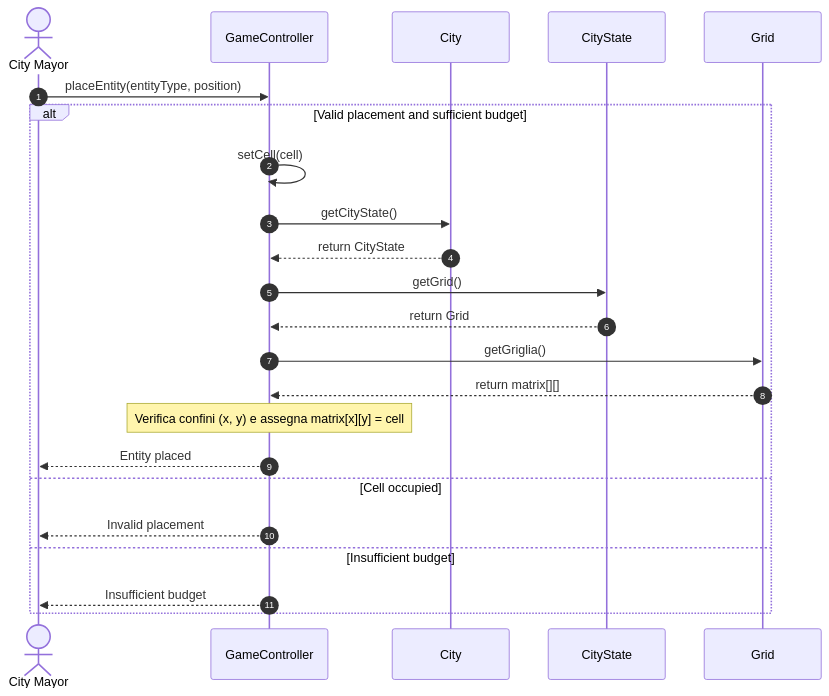
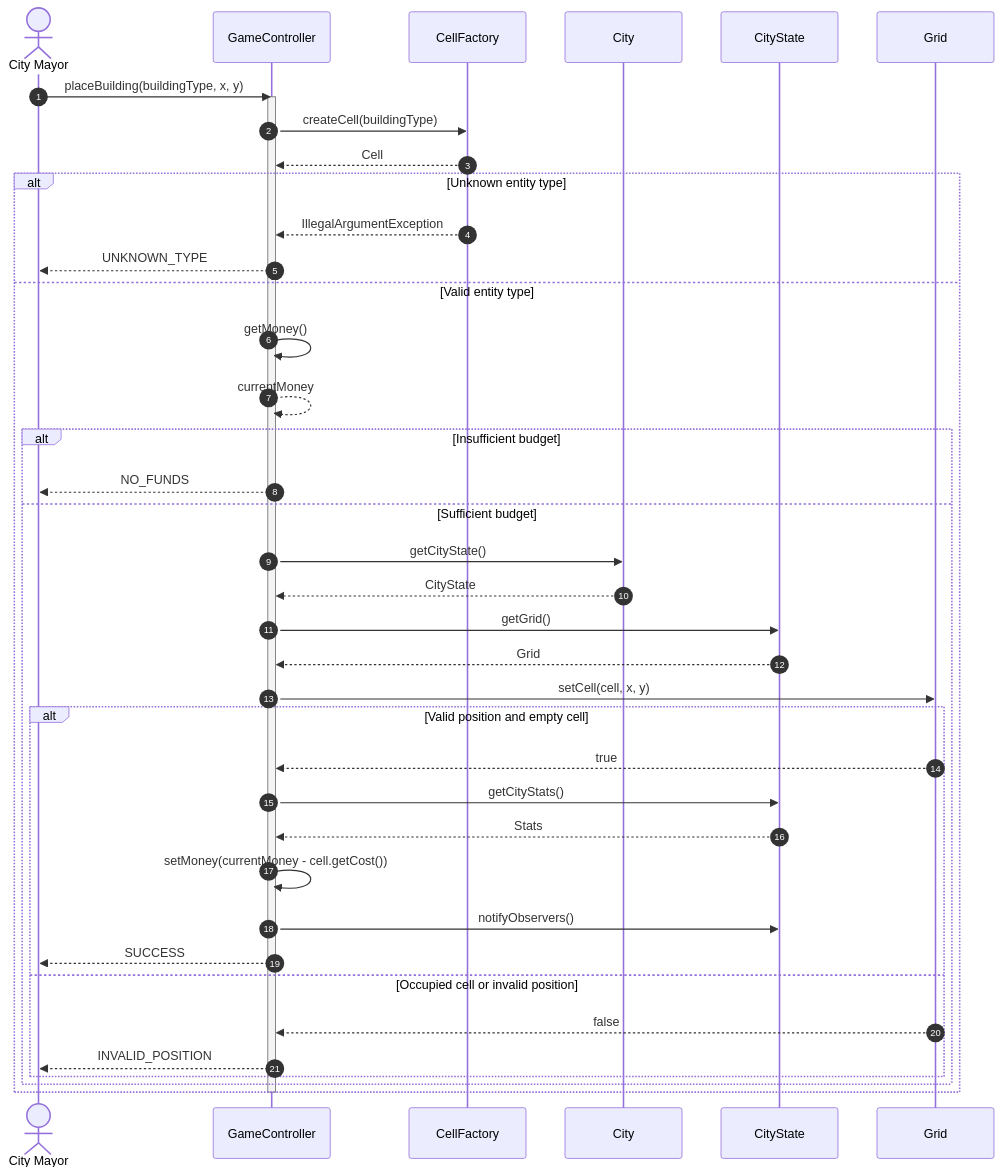
Before and after one commit to andreatoson3-netizen/Amatriciana: the diagram in docs/INTERNAL-SEQUENCE-DIAGRAM/isd-place-entity.md, drawn with Mermaid.

````diff
--- a/docs/INTERNAL-SEQUENCE-DIAGRAM/isd-place-entity.md
+++ b/docs/INTERNAL-SEQUENCE-DIAGRAM/isd-place-entity.md
@@ -2,27 +2,52 @@
 ```mermaid
 sequenceDiagram
     autonumber
     actor Mayor as City Mayor
     participant Controller as GameController
+    participant Factory as CellFactory
     participant CityObj as City
     participant State as CityState
-    participant TheGrid as Grid
+    participant Grid as Grid
 
-    Mayor->>Controller: placeEntity(entityType, position)
-    
-    alt Valid placement and sufficient budget
-        Controller->>Controller: setCell(cell)
-        Controller->>CityObj: getCityState()
-        CityObj-->>Controller: return CityState
-        Controller->>State: getGrid()
-        State-->>Controller: return Grid
-        Controller->>TheGrid: getGriglia()
-        TheGrid-->>Controller: return matrix[][]
-        Note over Controller: Verifica confini (x, y) e assegna matrix[x][y] = cell
-        Controller-->>Mayor: Entity placed
-    else Cell occupied
-        Controller-->>Mayor: Invalid placement
-    else Insufficient budget
-        Controller-->>Mayor: Insufficient budget
+    Mayor->>Controller: placeBuilding(buildingType, x, y)
+    activate Controller
+
+    Controller->>Factory: createCell(buildingType)
+    Factory-->>Controller: Cell
+
+    alt Unknown entity type
+        Factory-->>Controller: IllegalArgumentException
+        Controller-->>Mayor: UNKNOWN_TYPE
+    else Valid entity type
+
+        Controller->>Controller: getMoney()
+        Controller-->>Controller: currentMoney
+
+        alt Insufficient budget
+            Controller-->>Mayor: NO_FUNDS
+        else Sufficient budget
+
+            Controller->>CityObj: getCityState()
+            CityObj-->>Controller: CityState
+
+            Controller->>State: getGrid()
+            State-->>Controller: Grid
+
+            Controller->>Grid: setCell(cell, x, y)
+
+            alt Valid position and empty cell
+                Grid-->>Controller: true
+                Controller->>State: getCityStats()
+                State-->>Controller: Stats
+                Controller->>Controller: setMoney(currentMoney - cell.getCost())
+                Controller->>State: notifyObservers()
+                Controller-->>Mayor: SUCCESS
+            else Occupied cell or invalid position
+                Grid-->>Controller: false
+                Controller-->>Mayor: INVALID_POSITION
+            end
+        end
     end
+
+    deactivate Controller
 ```
````
